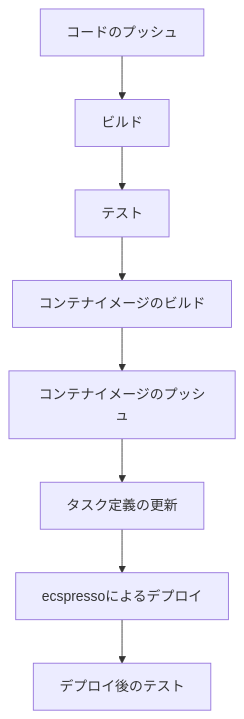
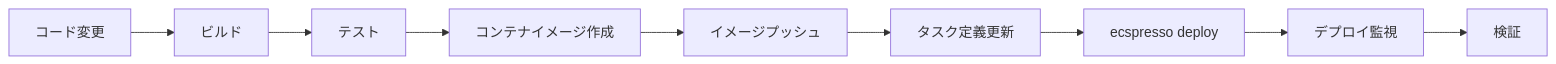
Before and after one commit to bufferings/devin-docs: the diagram in ecspresso/practical/cicd.md, drawn with Mermaid. The commit also changed other lines of this file and 29 other files, not shown here.

````diff
--- a/ecspresso/practical/cicd.md
+++ b/ecspresso/practical/cicd.md
@@ -16,10 +108,11 @@
 ```mermaid
-graph TD
-    A[コードのプッシュ] --> B[ビルド]
+graph LR
+    A[コード変更] --> B[ビルド]
     B --> C[テスト]
-    C --> D[コンテナイメージのビルド]
-    D --> E[コンテナイメージのプッシュ]
-    E --> F[タスク定義の更新]
-    F --> G[ecspressoによるデプロイ]
-    G --> H[デプロイ後のテスト]
+    C --> D[コンテナイメージ作成]
+    D --> E[イメージプッシュ]
+    E --> F[タスク定義更新]
+    F --> G[ecspresso deploy]
+    G --> H[デプロイ監視]
+    H --> I[検証]
 ```
````
